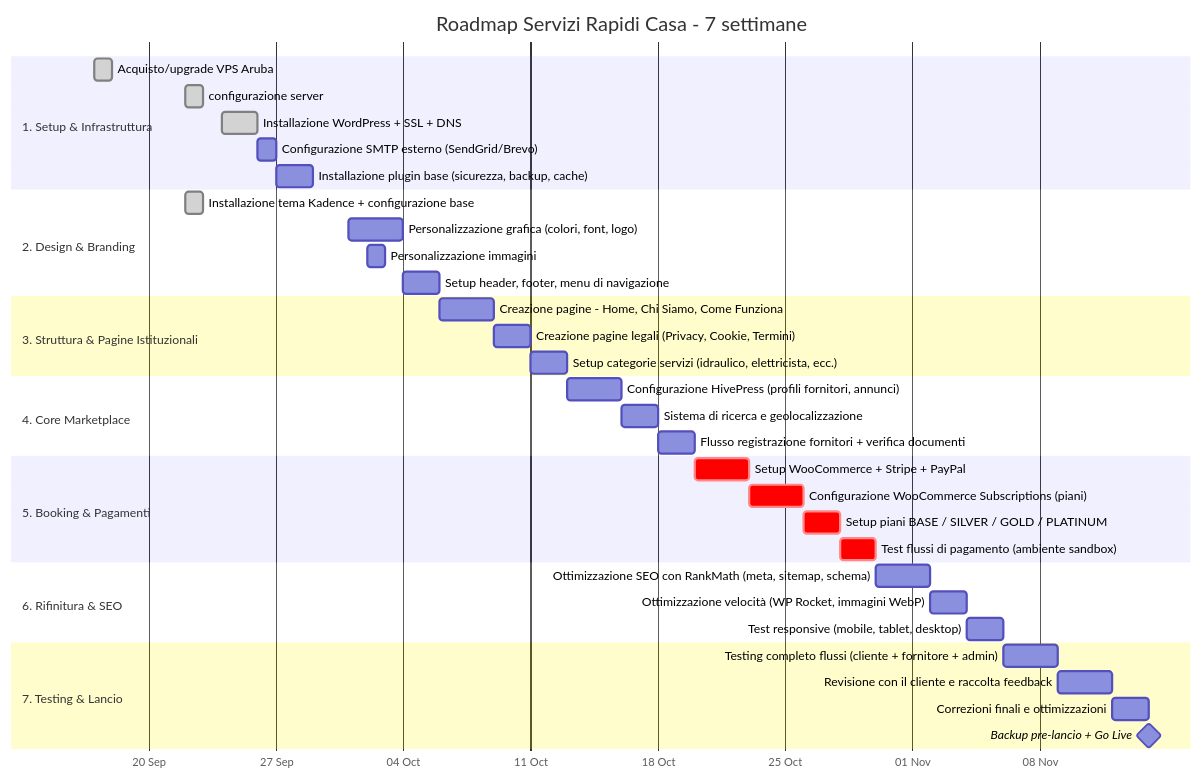
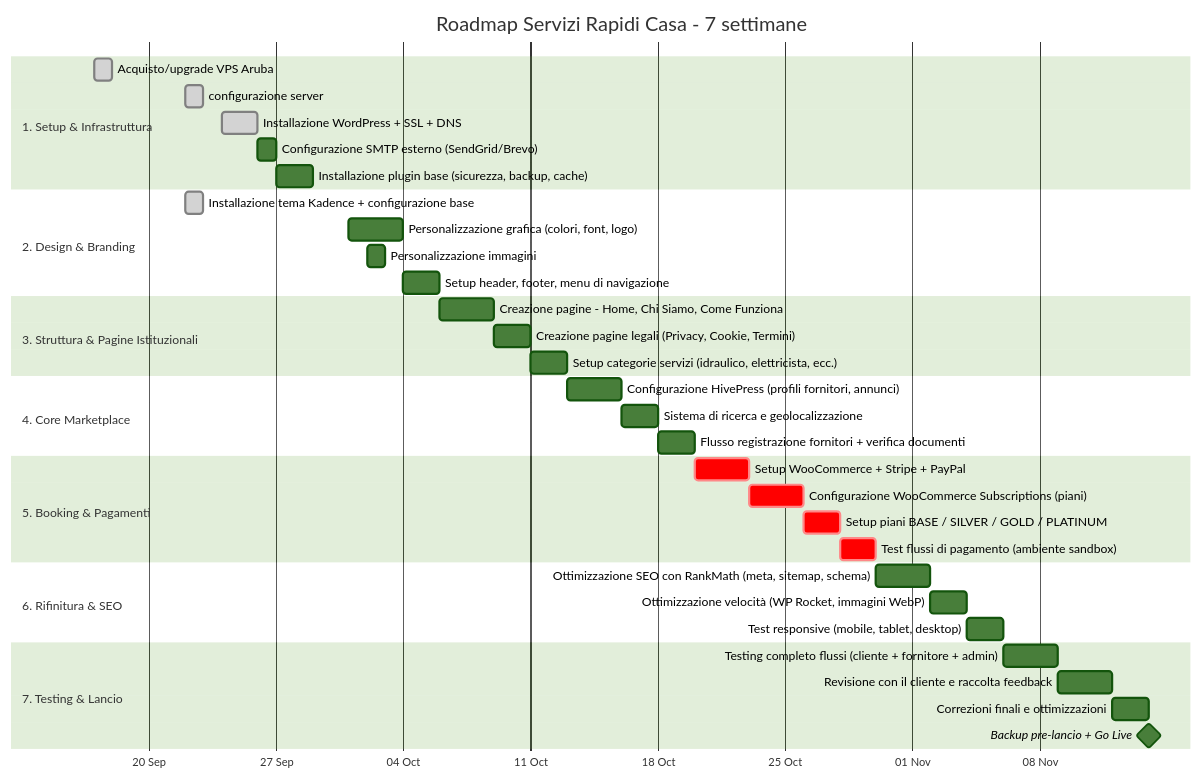
Before and after one commit to BarbaraLol/servizi_rapidi_casa: the diagram in src_roadmap.md, drawn with Mermaid.

````diff
--- a/src_roadmap.md
+++ b/src_roadmap.md
@@ -17,46 +17,47 @@
 ```mermaid
+%%{init: {'theme':'forest'}}%%
 gantt
     title Roadmap Servizi Rapidi Casa - 7 settimane
     dateFormat  DD-MM-YYYY
     axisFormat  %d %b
 
     section 1. Setup & Infrastruttura
     Acquisto/upgrade VPS Aruba                         :done, a1, 17-09-2026, 1d
     configurazione server                             :done, a2, 22-09-2026, 1d
     Installazione WordPress + SSL + DNS               :done, a3, 24-09-2026, 2d
     Configurazione SMTP esterno (SendGrid/Brevo)               :a4, 26-09-2026, 1d
     Installazione plugin base (sicurezza, backup, cache)       :a5, 27-09-2026, 2d
 
     section 2. Design & Branding
     Installazione tema Kadence + configurazione base         :done, a6, 22-09-2026, 1d
     Personalizzazione grafica (colori, font, logo)             :a7, 01-10-2026, 3d
     Personalizzazione immagini                                 :a8, 02-10-2026, 1d
     Setup header, footer, menu di navigazione                  :a9, 04-10-2026, 2d
 
     section 3. Struttura & Pagine Istituzionali
     Creazione pagine - Home, Chi Siamo, Come Funziona           :a10, 06-10-2026, 3d
     Creazione pagine legali (Privacy, Cookie, Termini)         :a11, 09-10-2026, 2d
     Setup categorie servizi (idraulico, elettricista, ecc.)    :a12, 11-10-2026, 2d
 
     section 4. Core Marketplace
     Configurazione HivePress (profili fornitori, annunci)      :a13, 13-10-2026, 3d
     Sistema di ricerca e geolocalizzazione                     :a14, 16-10-2026, 2d
     Flusso registrazione fornitori + verifica documenti        :a15, 18-10-2026, 2d
 
     section 5. Booking & Pagamenti
     Setup WooCommerce + Stripe + PayPal                        :crit, a16, 20-10-2026, 3d
     Configurazione WooCommerce Subscriptions (piani)           :crit, a17, 23-10-2026, 3d
     Setup piani BASE / SILVER / GOLD / PLATINUM                :crit, a18, 26-10-2026, 2d
     Test flussi di pagamento (ambiente sandbox)                :crit, a19, 28-10-2026, 2d
 
     section 6. Rifinitura & SEO
     Ottimizzazione SEO con RankMath (meta, sitemap, schema)    :a20, 30-10-2026, 3d
     Ottimizzazione velocità (WP Rocket, immagini WebP)         :a21, 02-11-2026, 2d
     Test responsive (mobile, tablet, desktop)                  :a22, 04-11-2026, 2d
 
     section 7. Testing & Lancio
     Testing completo flussi (cliente + fornitore + admin)      :a23, 06-11-2026, 3d
     Revisione con il cliente e raccolta feedback               :a24, 09-11-2026, 3d
     Correzioni finali e ottimizzazioni                         :a25, 12-11-2026, 2d
     Backup pre-lancio + Go Live                                :milestone, a26, 14-11-2026, 0d
 ```
````
